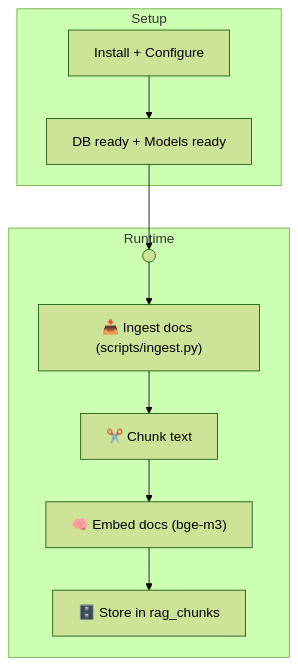
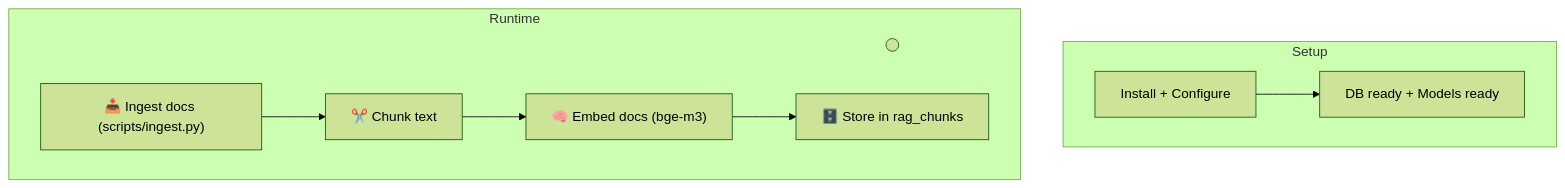
Before and after one commit to LauraAva/rag-ollama-set-up: the first of 3 diagrams in docs/PROCESS_VISUALIZATION_TRIAL.md, drawn with Mermaid (forest theme).

````diff
--- a/docs/PROCESS_VISUALIZATION_TRIAL.md
+++ b/docs/PROCESS_VISUALIZATION_TRIAL.md
@@ -10,20 +10,16 @@
 ```mermaid
 flowchart TD
 
   subgraph Setup["Setup<br/>"]
     S1["Install + Configure"] --> S2["DB ready + Models ready"]
   end  
 
   subgraph Runtime["Runtime<br/>"]
 
 
     R1(( )):::hidden
     R2["📥 Ingest docs (scripts/ingest.py)"] --> R3["✂️ Chunk text"] --> R4["🧠 Embed docs (bge-m3)"] --> R5["🗄️ Store in rag_chunks"]
 
-    R1 --> R2
   end
 
-  S2 --> R1
-
-  classDef ghost fill:transparent,stroke:transparent,color:transparent;
 ```
````
